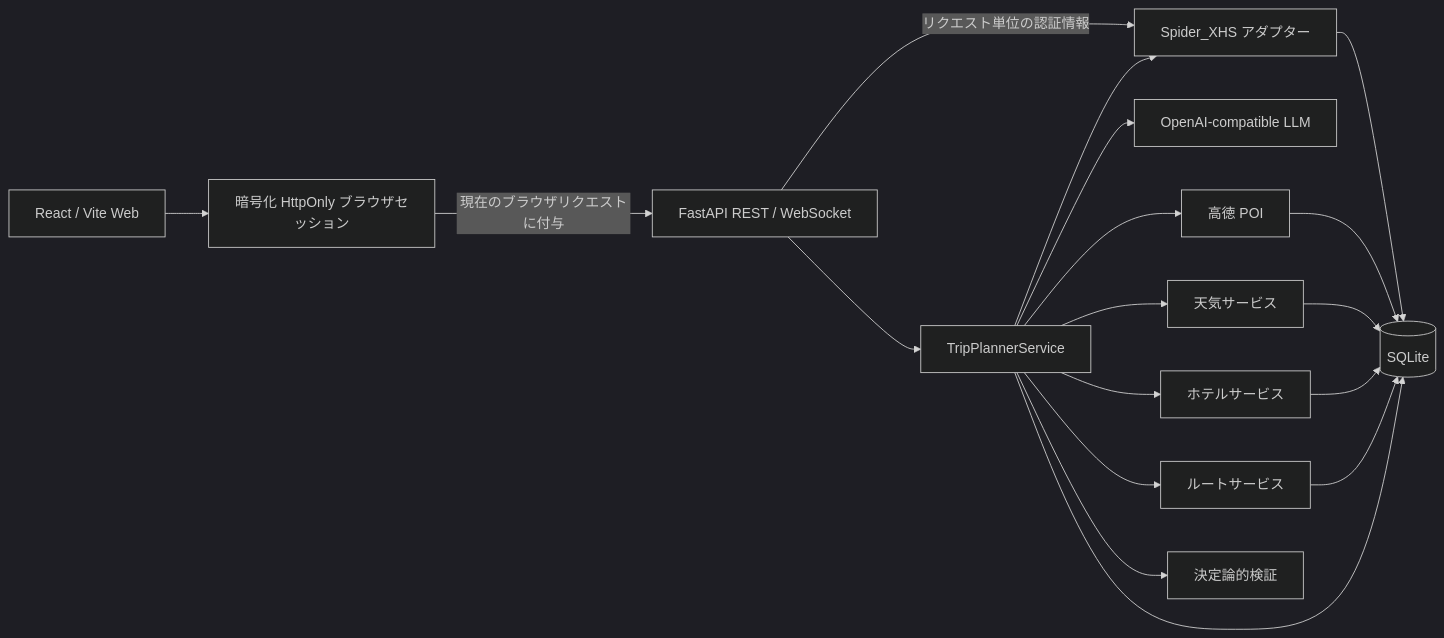
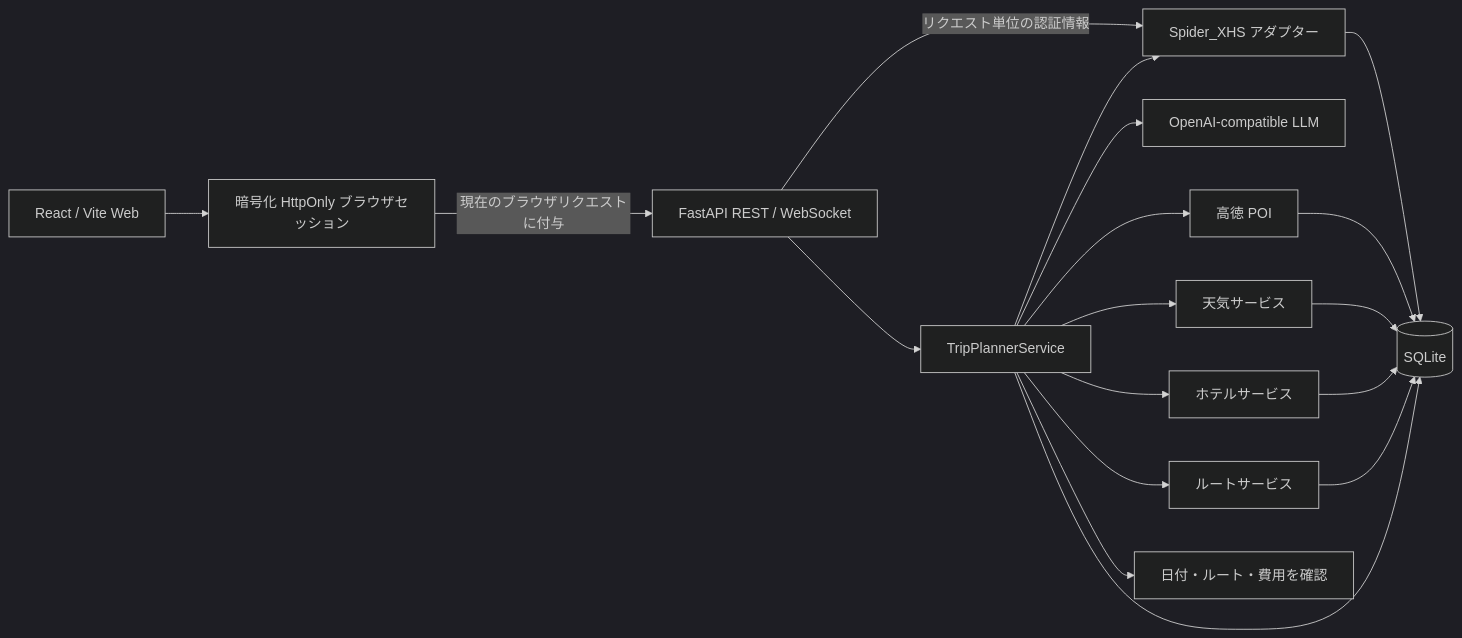
The second of 2 diagrams in README_ja.md (dolt-y/TravelMind-AI), drawn with Mermaid (dark theme) before and after one commit. The commit also changed other lines of this file and 4 other files, not shown here.

````diff
--- a/README_ja.md
+++ b/README_ja.md
@@ -254,20 +257,20 @@
 ```mermaid
 flowchart LR
     UI["React / Vite Web"] --> SESSION["暗号化 HttpOnly ブラウザセッション"]
     SESSION -->|"現在のブラウザリクエストに付与"| API["FastAPI REST / WebSocket"]
     API --> ORCH["TripPlannerService"]
     API -->|"リクエスト単位の認証情報"| XHS["Spider_XHS アダプター"]
     ORCH --> XHS
     ORCH --> LLM["OpenAI-compatible LLM"]
     ORCH --> POI["高徳 POI"]
     ORCH --> WEATHER["天気サービス"]
     ORCH --> HOTEL["ホテルサービス"]
     ORCH --> ROUTE["ルートサービス"]
-    ORCH --> VALIDATE["決定論的検証"]
+    ORCH --> VALIDATE["日付・ルート・費用を確認"]
     XHS --> DB[("SQLite")]
     POI --> DB
     WEATHER --> DB
     HOTEL --> DB
     ROUTE --> DB
     ORCH --> DB
 ```
````
